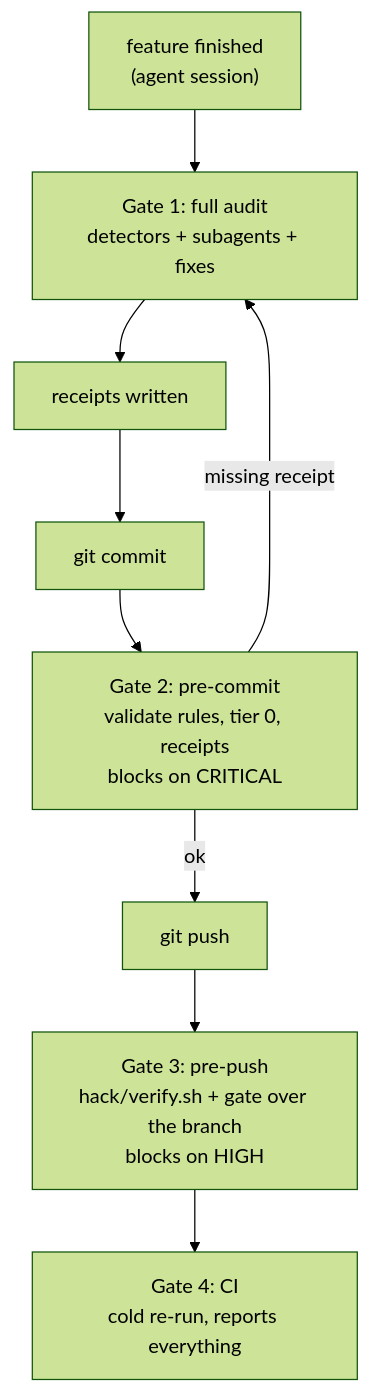
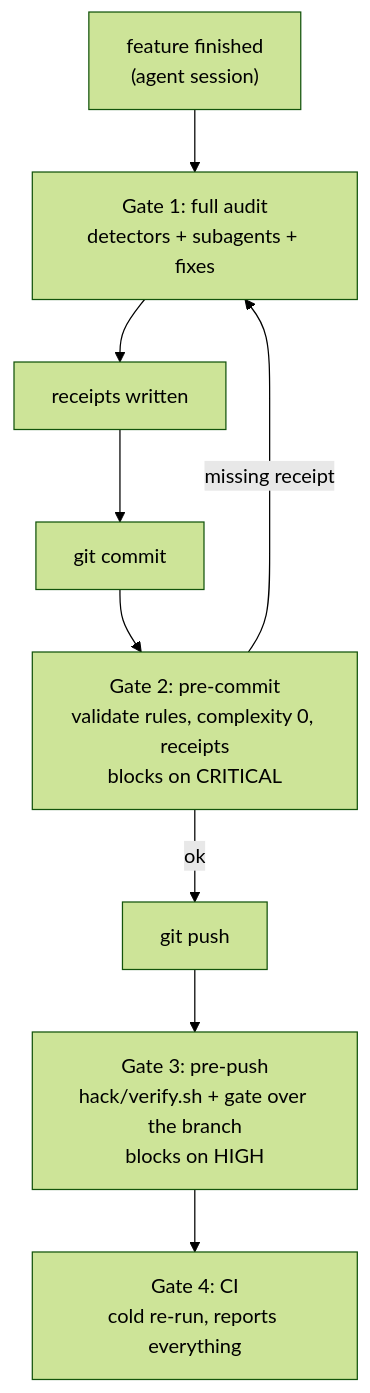
Before and after one commit to telekom/controlplane: the second of 2 diagrams in .agents/ARCHITECTURE.md, drawn with Mermaid (forest theme). The commit also changed other lines of this file and 38 other files, not shown here.

````diff
--- a/.agents/ARCHITECTURE.md
+++ b/.agents/ARCHITECTURE.md
@@ -110,11 +110,11 @@
 ```mermaid
 flowchart TD
     A["feature finished<br/>(agent session)"] --> B[Gate 1: full audit<br/>detectors + subagents + fixes]
     B --> C[receipts written]
     C --> D[git commit]
-    D --> E["Gate 2: pre-commit<br/>validate rules, tier 0, receipts<br/>blocks on CRITICAL"]
+    D --> E["Gate 2: pre-commit<br/>validate rules, complexity 0, receipts<br/>blocks on CRITICAL"]
     E -->|missing receipt| B
     E -->|ok| F[git push]
     F --> G["Gate 3: pre-push<br/>hack/verify.sh + gate over the branch<br/>blocks on HIGH"]
     G --> H["Gate 4: CI<br/>cold re-run, reports everything"]
 ```
````
